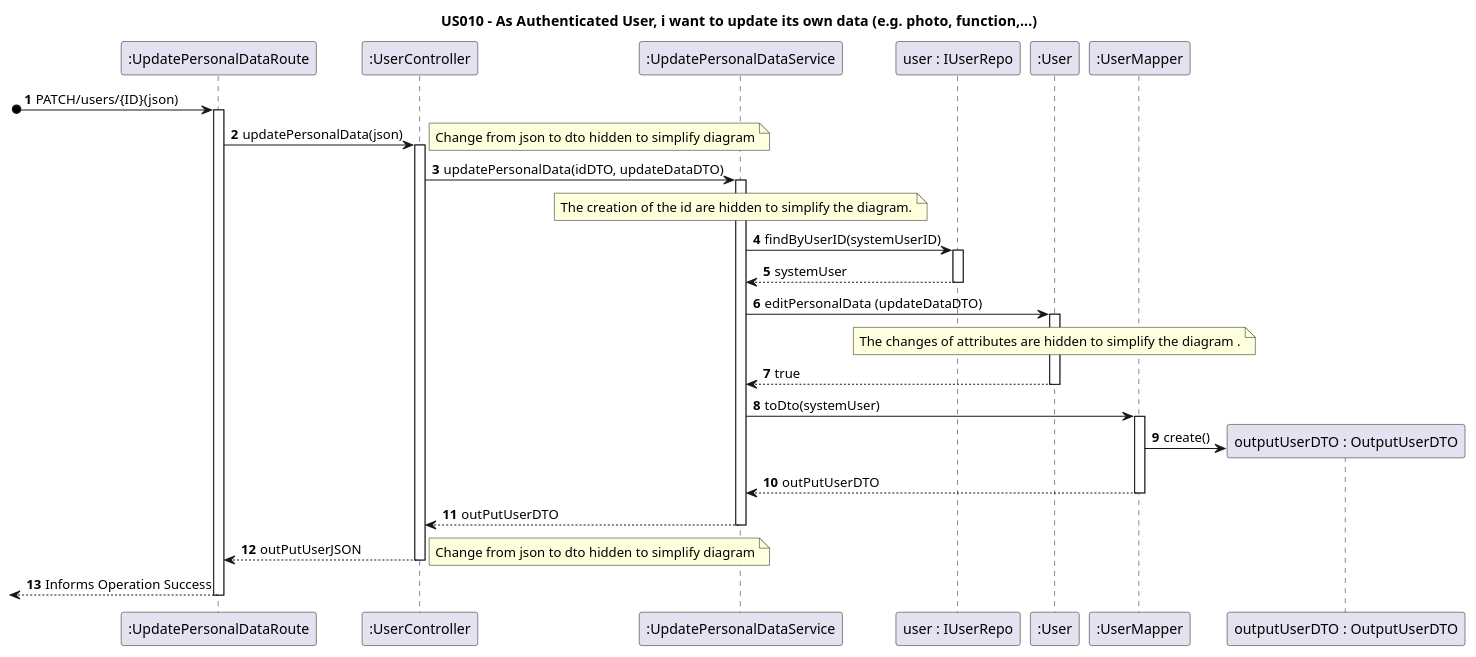
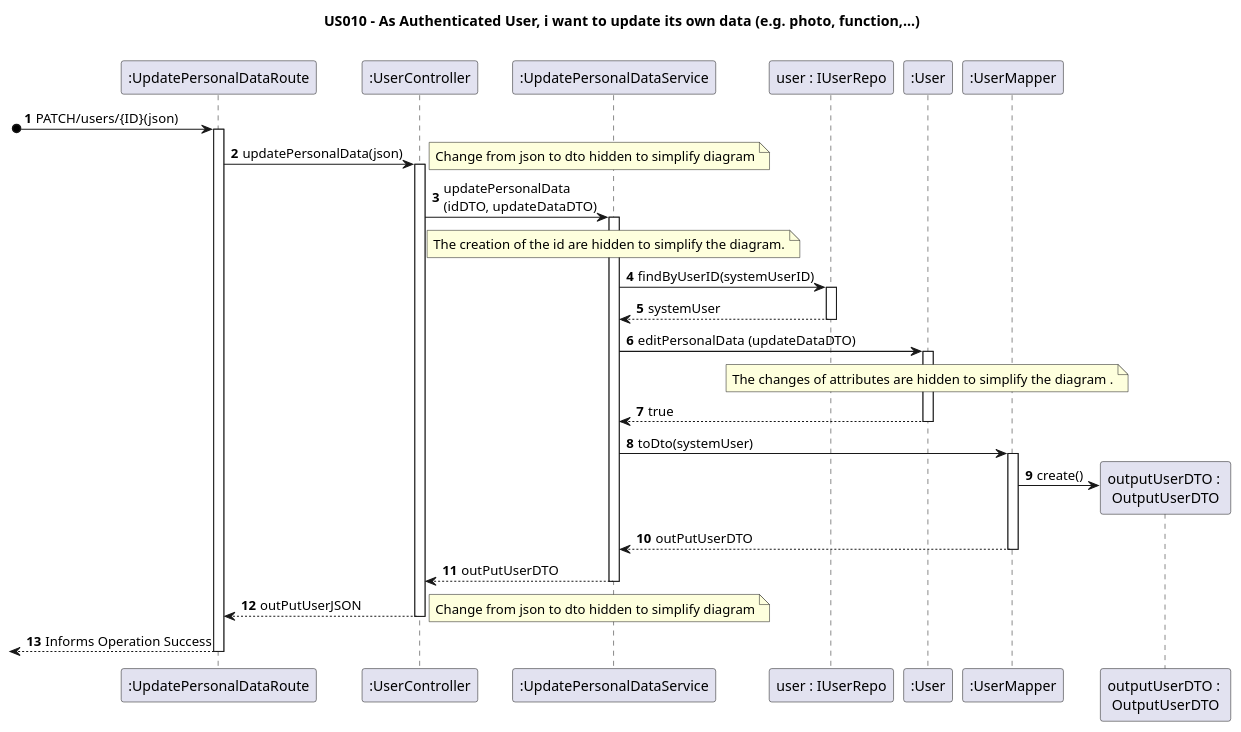
Before and after one commit to nunogon1211787/projectManagement: the diagram in docs/Sprint1/US010/US010-SD-Reengenharia.puml, drawn with PlantUML. The commit also changed 12 other files, not shown here.

```diff
--- a/docs/Sprint1/US010/US010-SD-Reengenharia.puml
+++ b/docs/Sprint1/US010/US010-SD-Reengenharia.puml
@@ -1,51 +1,51 @@
 @startuml
 'https://plantuml.com/sequence-diagram
 
 title US010 - As Authenticated User, i want to update its own data (e.g. photo, function,...)
 
 autoactivate on
 autonumber
 
 participant ":UpdatePersonalDataRoute" as route
 participant ":UserController" as Ctrl
 participant ":UpdatePersonalDataService" as service
 participant "user : IUserRepo" as iRepo
 participant ":User" as systemUser
 participant ":UserMapper" as mapper
-participant "outputUserDTO : OutputUserDTO" as outPutDTO
+participant "outputUserDTO : \nOutputUserDTO" as outPutDTO
 
 [o-> route: PATCH/users/{ID}(json)
 
 route -> Ctrl: updatePersonalData(json)
 
 note right
 Change from json to dto hidden to simplify diagram
 end note
 
-Ctrl -> service: updatePersonalData(idDTO, updateDataDTO)
+Ctrl -> service: updatePersonalData\n(idDTO, updateDataDTO)
 note over service : The creation of the id are hidden to simplify the diagram.
 'note right
 'All the following objects were created with factories, but the process is hidden in SD to simplify
 'end note
 
 service -> iRepo: findByUserID(systemUserID)
 iRepo --> service: systemUser
 
 service -> systemUser: editPersonalData (updateDataDTO)
 
 note over systemUser : The changes of attributes are hidden to simplify the diagram .
 
 systemUser --> service: true
 
 service -> mapper: toDto(systemUser)
 mapper -> outPutDTO**: create()
 mapper --> service: outPutUserDTO
 service --> Ctrl: outPutUserDTO
 Ctrl --> route: outPutUserJSON
 note right
 Change from json to dto hidden to simplify diagram
 end note
 [<--route : Informs Operation Success
 
 
 @enduml
```
